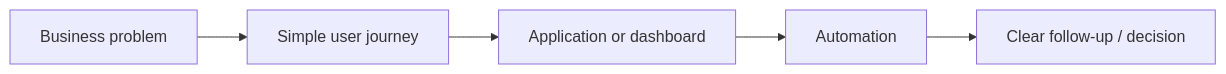
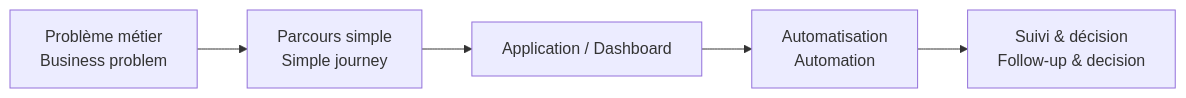
Before and after one commit to jeffersonkuku/jeffersonkuku: the first of 2 diagrams in README.md, drawn with Mermaid. The commit also changed other lines of this file, not shown here.

````diff
--- a/README.md
+++ b/README.md
@@ -46,7 +15,7 @@
 ```mermaid
 flowchart LR
-    A[Business problem] --> B[Simple user journey]
-    B --> C[Application or dashboard]
-    C --> D[Automation]
-    D --> E[Clear follow-up / decision]
+    A[Problème métier<br/>Business problem] --> B[Parcours simple<br/>Simple journey]
+    B --> C[Application / Dashboard]
+    C --> D[Automatisation<br/>Automation]
+    D --> E[Suivi & décision<br/>Follow-up & decision]
 ```
````
